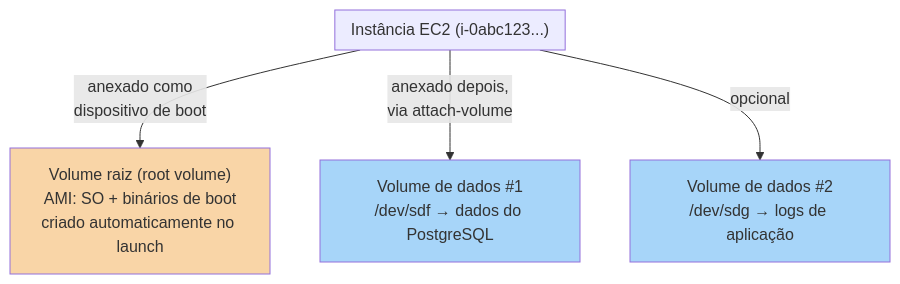
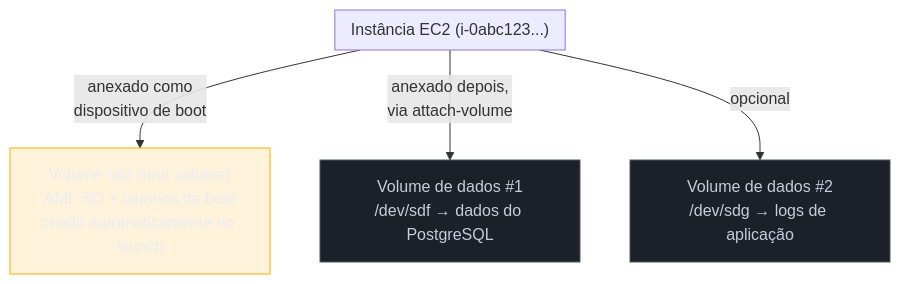
Before and after one commit to josenaldo/codex-technomanticus: the first of 4 diagrams in 03-Dominios/Tecnologia/Cloud/08 - Armazenamento (object, block e file)/05 - Block storage — EBS e Volumes.md, drawn with Mermaid. The commit also changed 1181 other files, not shown here.

First line of the commit message:
fix(diagramas): paleta do sistema no lugar de cor cravada no markdown

````diff
--- a/03-Dominios/Tecnologia/Cloud/08 - Armazenamento (object, block e file)/05 - Block storage — EBS e Volumes.md
+++ b/03-Dominios/Tecnologia/Cloud/08 - Armazenamento (object, block e file)/05 - Block storage — EBS e Volumes.md
@@ -39,17 +39,19 @@
 ```mermaid
 flowchart TB
+    classDef destaque fill:#FFAA0024,stroke:#FFAA00,color:#E9ECF2
+    classDef neutro fill:#1B2029,stroke:#4E5666,color:#C6CCD8
     subgraph Instancia["Instância EC2 (i-0abc123...)"]
         direction TB
     end
     Root["Volume raiz (root volume)<br/>AMI: SO + binários de boot<br/>criado automaticamente no launch"]
     Data1["Volume de dados #1<br/>/dev/sdf → dados do PostgreSQL"]
     Data2["Volume de dados #2<br/>/dev/sdg → logs de aplicação"]
 
     Instancia -->|"anexado como<br/>dispositivo de boot"| Root
     Instancia -->|"anexado depois,<br/>via attach-volume"| Data1
     Instancia -->|"opcional"| Data2
 
-    style Root fill:#f9d5a7
-    style Data1 fill:#a7d5f9
-    style Data2 fill:#a7d5f9
+    class Root destaque
+    class Data1 neutro
+    class Data2 neutro
 ```
````
